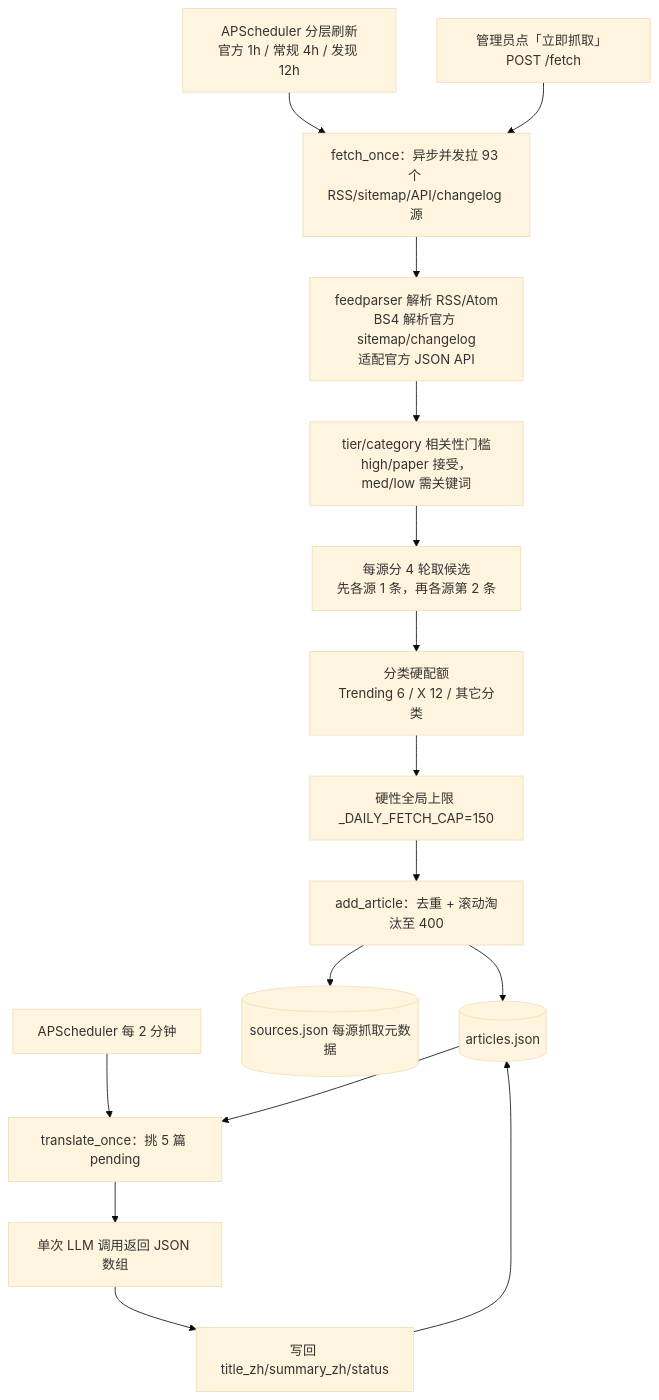
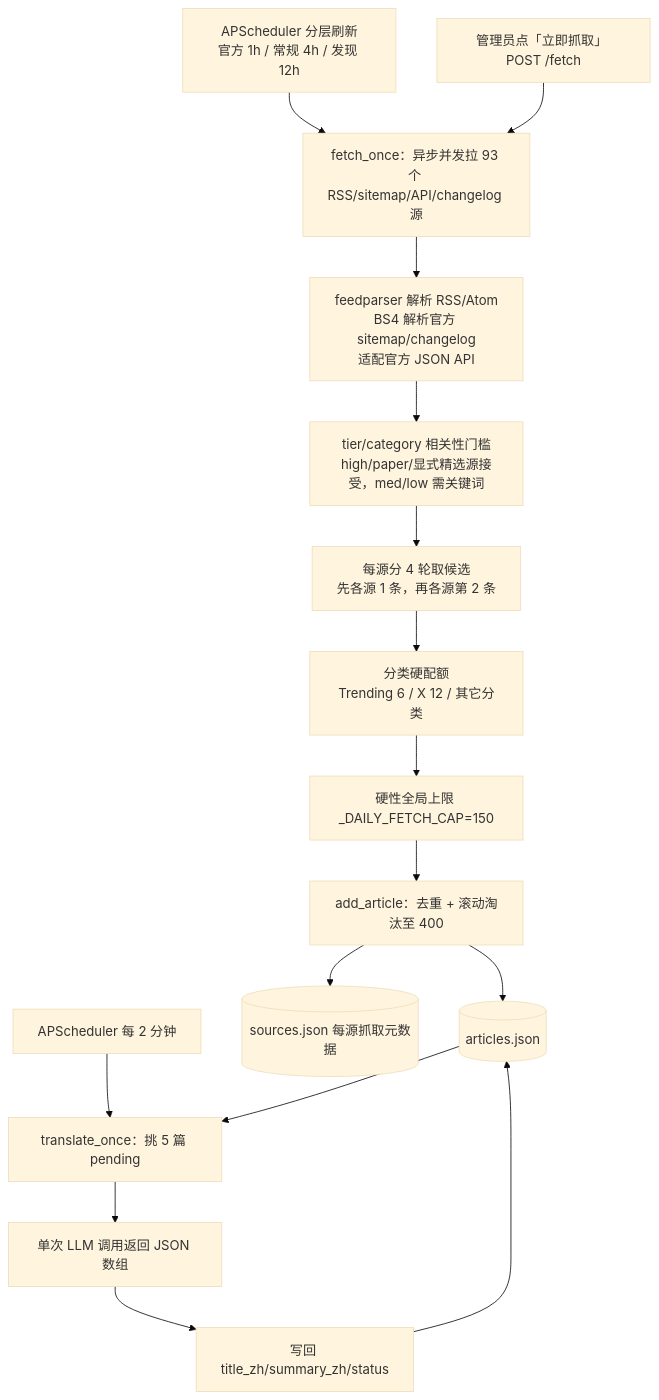
Before and after one commit to nikefd/ai-frontier-agent: the diagram in llmdoc/architecture/rss-pipeline-architecture.md, drawn with Mermaid (base theme). The commit also changed other lines of this file and 11 other files, not shown here.

````diff
--- a/llmdoc/architecture/rss-pipeline-architecture.md
+++ b/llmdoc/architecture/rss-pipeline-architecture.md
@@ -10,20 +10,20 @@
 ```mermaid
 flowchart TD
   cron[APScheduler 分层刷新<br/>官方 1h / 常规 4h / 发现 12h] --> fetch
   manual[管理员点「立即抓取」 POST /fetch] --> fetch
   fetch[fetch_once：异步并发拉 93 个 RSS/sitemap/API/changelog 源]
   fetch --> parse[feedparser 解析 RSS/Atom<br/>BS4 解析官方 sitemap/changelog<br/>适配官方 JSON API]
-  parse --> gate[tier/category 相关性门槛<br/>high/paper 接受，med/low 需关键词]
+  parse --> gate[tier/category 相关性门槛<br/>high/paper/显式精选源接受，med/low 需关键词]
   gate --> rounds[每源分 4 轮取候选<br/>先各源 1 条，再各源第 2 条]
   rounds --> category[分类硬配额<br/>Trending 6 / X 12 / 其它分类]
   category --> global[硬性全局上限 _DAILY_FETCH_CAP=150]
   global --> store[add_article：去重 + 滚动淘汰至 400]
   store --> articles[(articles.json)]
   store --> meta[(sources.json 每源抓取元数据)]
 
   tick[APScheduler 每 2 分钟] --> trans[translate_once：挑 5 篇 pending]
   articles --> trans
   trans --> llm[单次 LLM 调用返回 JSON 数组]
   llm --> writeback[写回 title_zh/summary_zh/status]
   writeback --> articles
 ```
````
